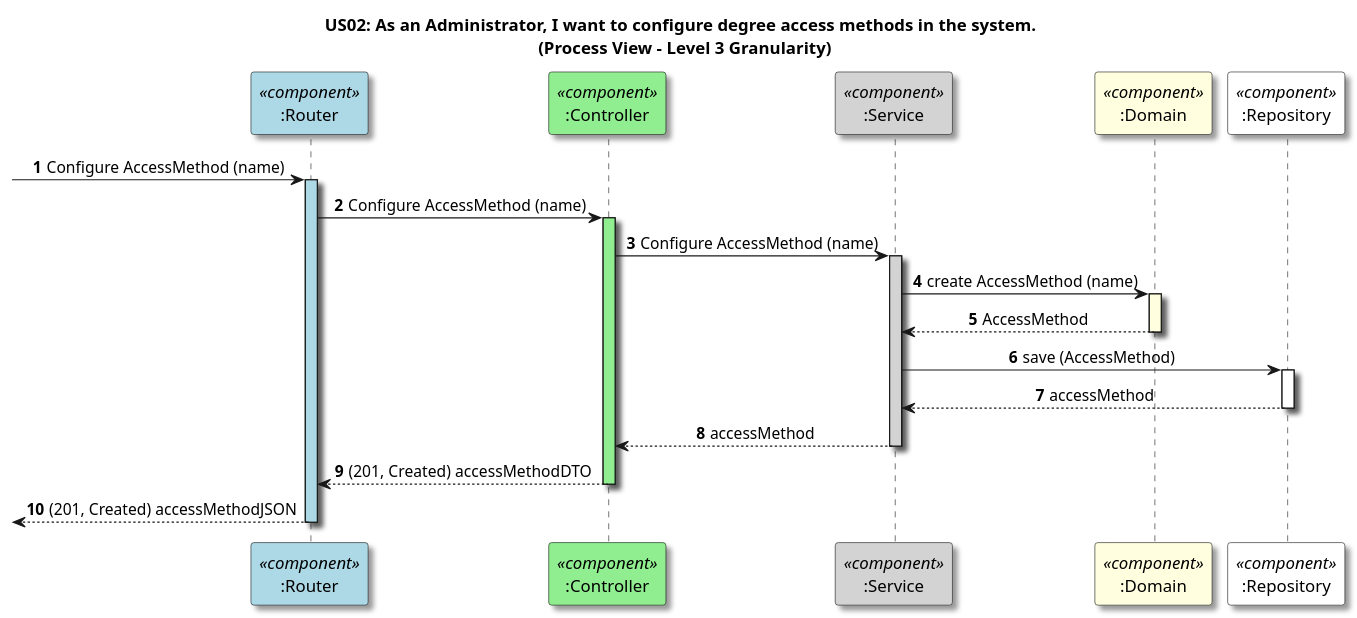
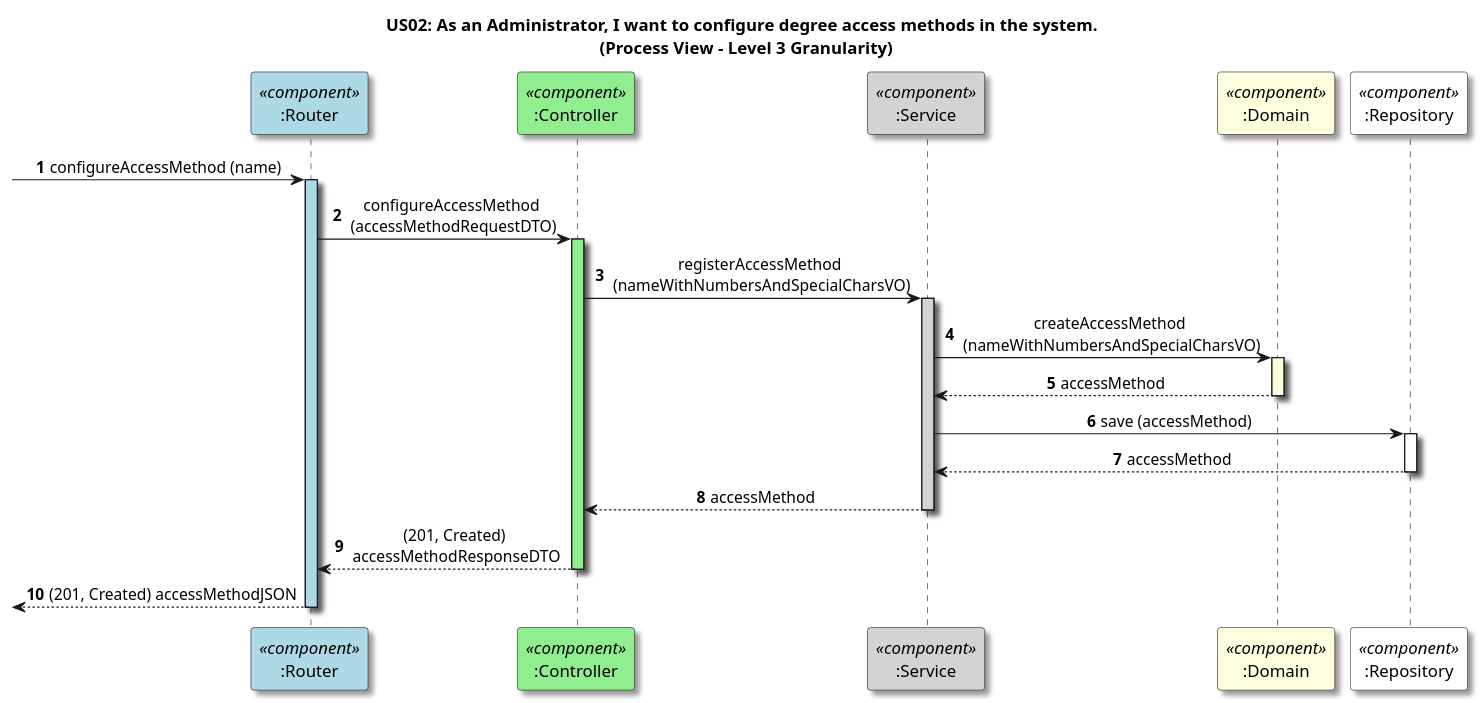
One commit to GasparISEP/DevOps-PAI changed the diagram in docs/US02/Sprint6_RestAPI/ProcessView/Level3Granularity.puml. Above: the diagram before and after it, drawn with PlantUML.

Commit message:
refactor (diagram): Update a process view diagram at level 3 granularity to configureAccessMethod functionality (#555, #538)

```diff
--- a/docs/US02/Sprint6_RestAPI/ProcessView/Level3Granularity.puml
+++ b/docs/US02/Sprint6_RestAPI/ProcessView/Level3Granularity.puml
@@ -1,45 +1,45 @@
 @startuml
 title US02: As an Administrator, I want to configure degree access methods in the system. \n (Process View - Level 3 Granularity)
 
 skinparam defaultTextAlignment center
 skinparam shadowing true
 
 autonumber
 
 participant ":Router" as RT <<component>> #LightBlue
 participant ":Controller" as CT <<component>>#LightGreen
 participant ":Service" as SV <<component>>#LightGray
 participant ":Domain" as DM <<component>>#LightYellow
 participant ":Repository" as RP <<component>>#white
 
--> RT: Configure AccessMethod (name)
+-> RT: configureAccessMethod (name)
 activate RT #LightBlue
 
 
-RT -> CT: Configure AccessMethod (name)
+RT -> CT: configureAccessMethod\n (accessMethodRequestDTO)
 activate CT #LightGreen
 
-CT -> SV: Configure AccessMethod (name)
+CT -> SV: registerAccessMethod\n (nameWithNumbersAndSpecialCharsVO)
 activate SV #LightGray
 
-SV -> DM: create AccessMethod (name)
+SV -> DM: createAccessMethod\n (nameWithNumbersAndSpecialCharsVO)
 activate DM #LightYellow
 
-DM --> SV: AccessMethod
+DM --> SV: accessMethod
 deactivate DM
-SV -> RP: save (AccessMethod)
+SV -> RP: save (accessMethod)
 activate RP
 
 RP --> SV: accessMethod
 deactivate RP
 
 SV --> CT: accessMethod
 deactivate SV
 
-CT --> RT: (201, Created) accessMethodDTO
+CT --> RT: (201, Created)\n accessMethodResponseDTO
 deactivate CT
 
 <-- RT : (201, Created) accessMethodJSON
 deactivate RT
 
 @enduml
```
